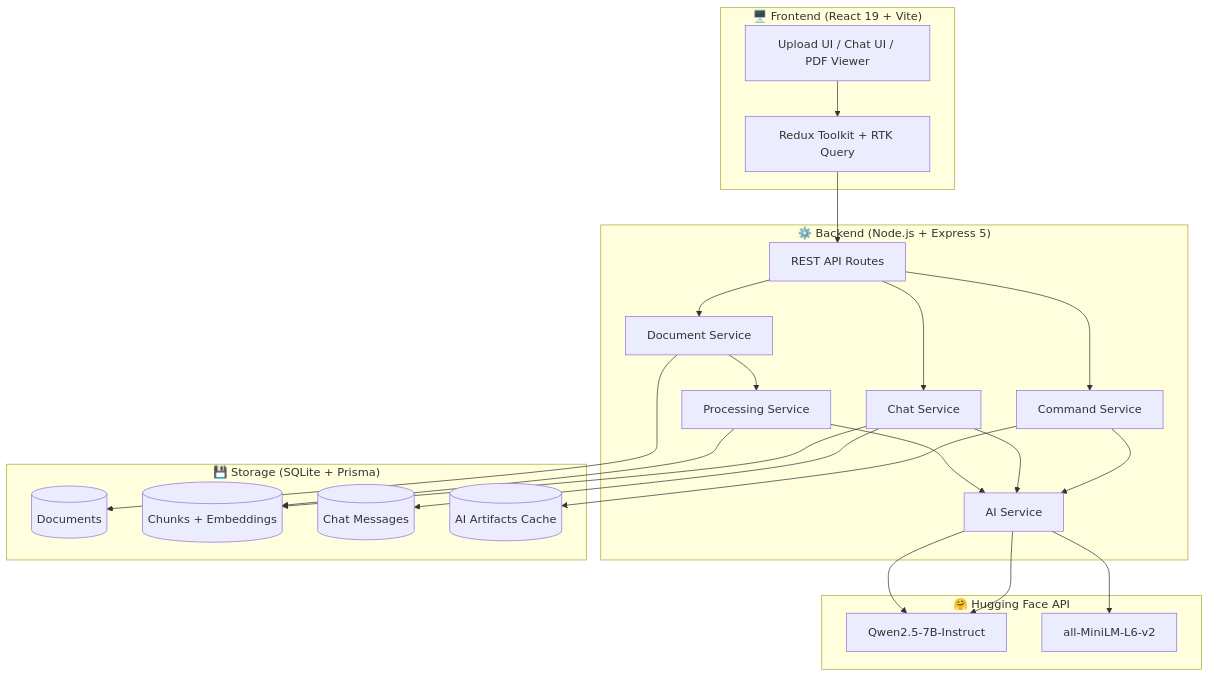
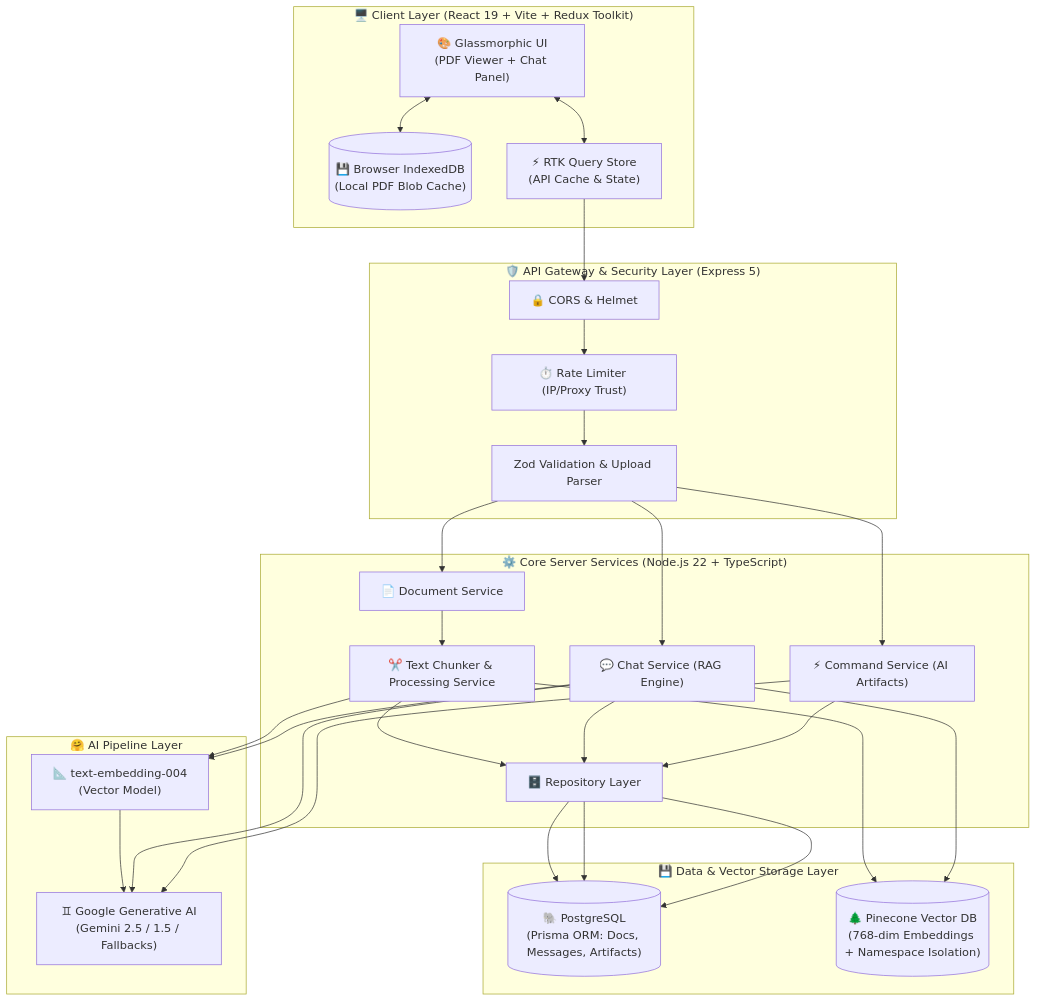
Before and after one commit to harsh18082001/ai-pdf-intelligence: the first of 6 diagrams in README.md, drawn with Mermaid. The commit also changed other lines of this file and 50 other files, not shown here.

````diff
--- a/README.md
+++ b/README.md
@@ -15,39 +36,47 @@
 ```mermaid
 graph TB
-    subgraph Client ["🖥️ Frontend (React 19 + Vite)"]
-        UI[Upload UI / Chat UI / PDF Viewer]
-        RTK[Redux Toolkit + RTK Query]
+    subgraph Client ["🖥️ Client Layer (React 19 + Vite + Redux Toolkit)"]
+        UI["🎨 Glassmorphic UI\n(PDF Viewer + Chat Panel)"]
+        IDB[("💾 Browser IndexedDB\n(Local PDF Blob Cache)")]
+        RTK["⚡ RTK Query Store\n(API Cache & State)"]
     end
 
-    subgraph Server ["⚙️ Backend (Node.js + Express 5)"]
-        API[REST API Routes]
-        DS[Document Service]
-        PS[Processing Service]
-        CS[Chat Service]
-        CMD[Command Service]
-        AI[AI Service]
+    subgraph Middleware ["🛡️ API Gateway & Security Layer (Express 5)"]
+        CORS["🔒 CORS & Helmet"]
+        RL["⏱️ Rate Limiter (IP/Proxy Trust)"]
+        VAL["Zod Validation & Upload Parser"]
     end
 
-    subgraph DB ["💾 Storage (SQLite + Prisma)"]
-        DOC[(Documents)]
-        CHK[(Chunks + Embeddings)]
-        MSG[(Chat Messages)]
-        ART[(AI Artifacts Cache)]
+    subgraph Backend ["⚙️ Core Server Services (Node.js 22 + TypeScript)"]
+        DS["📄 Document Service"]
+        PS["✂️ Text Chunker & Processing Service"]
+        CS["💬 Chat Service (RAG Engine)"]
+        CMD["⚡ Command Service (AI Artifacts)"]
+        REPO["🗄️ Repository Layer"]
     end
 
-    subgraph HF ["🤗 Hugging Face API"]
-        LLM[Qwen2.5-7B-Instruct]
-        EMB[all-MiniLM-L6-v2]
+    subgraph Storage ["💾 Data & Vector Storage Layer"]
+        PG[("🐘 PostgreSQL\n(Prisma ORM: Docs, Messages, Artifacts)")]
+        PC[("🌲 Pinecone Vector DB\n(768-dim Embeddings + Namespace Isolation)")]
     end
 
-    UI --> RTK --> API
-    API --> DS & CS & CMD
+    subgraph AI ["🤗 AI Pipeline Layer"]
+        GEM["♊ Google Generative AI\n(Gemini 2.5 / 1.5 / Fallbacks)"]
+        EMB["📐 text-embedding-004\n(Vector Model)"]
+    end
+
+    UI <--> IDB
+    UI <--> RTK
+    RTK --> CORS --> RL --> VAL
+    VAL --> DS & CS & CMD
     DS --> PS
-    PS --> AI --> EMB
-    PS --> CHK
-    CS --> AI --> LLM
-    CS --> CHK & MSG
-    CMD --> AI --> LLM
-    CMD --> ART
-    DS --> DOC
+    PS --> EMB --> GEM
+    PS --> PC
+    PS --> REPO --> PG
+    CS --> EMB
+    CS --> PC
+    CS --> GEM
+    CS --> REPO --> PG
+    CMD --> REPO --> PG
+    CMD --> GEM
 ```
````
